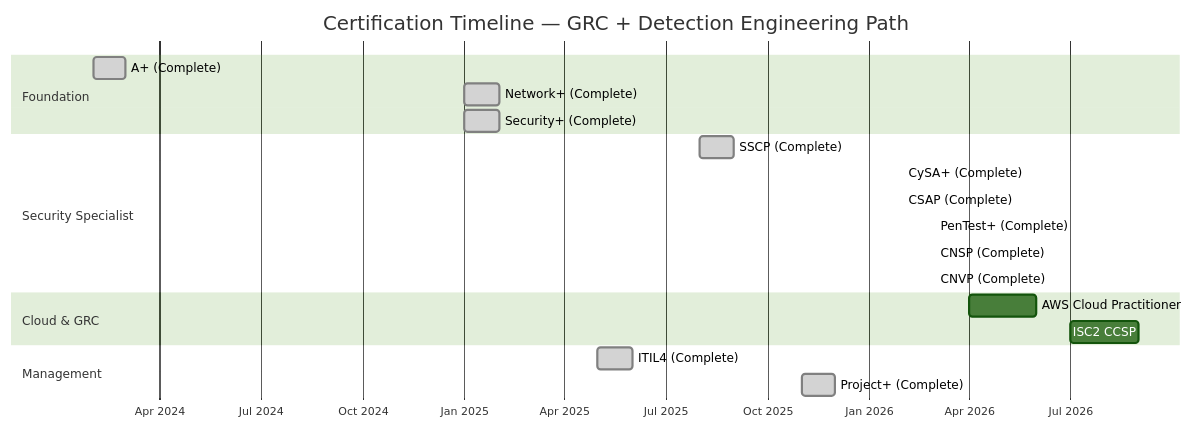
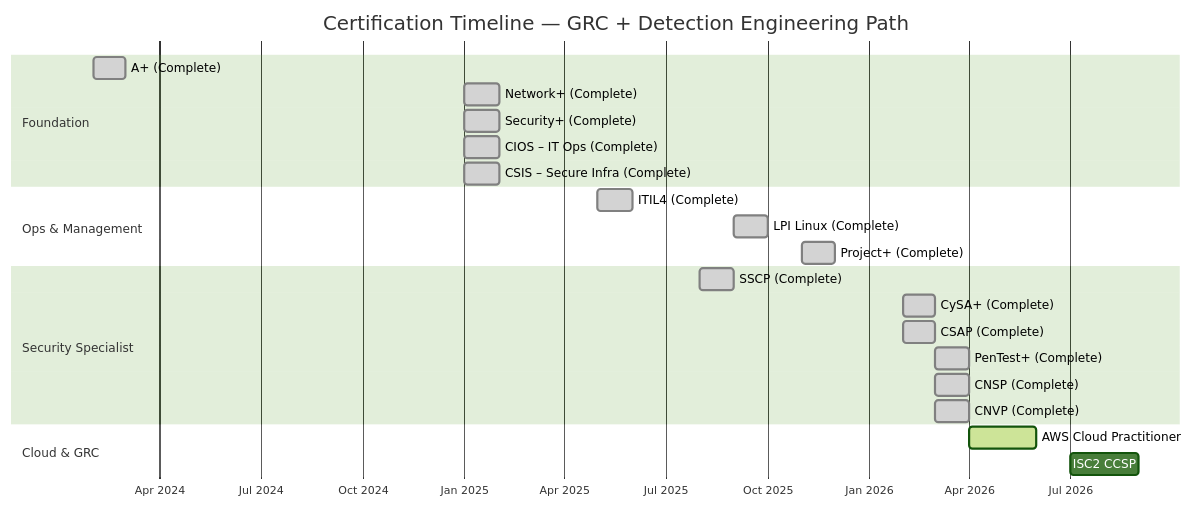
One commit to Pharns/portfolio changed the diagram in docs/certifications.md. Above: the diagram before and after it, drawn with Mermaid (forest theme). The commit also changed other lines of this file, not shown here.

Commit message:
docs(certifications): fix and complete gantt chart
- Add missing certs: LPI, CIOS, CSIS (all earned 2025)
- Fix zero-width bars: CySA+/CSAP/PenTest+/CNSP/CNVP now span full month
- Reorganize into 4 sections: Foundation, Ops & Management, Security Specialist, Cloud & GRC
- Mark AWS CP as active (in progress), CCSP as planned
- Update figure caption

````diff
--- a/docs/certifications.md
+++ b/docs/certifications.md
@@ -16,27 +16,30 @@
 ```mermaid
 gantt
     title Certification Timeline — GRC + Detection Engineering Path
     dateFormat YYYY-MM
     axisFormat %b %Y
 
     section Foundation
-    A+ (Complete)           :done, 2024-02, 2024-03
-    Network+ (Complete)     :done, 2025-01, 2025-02
-    Security+ (Complete)    :done, 2025-01, 2025-02
+    A+ (Complete)                  :done, 2024-02, 2024-03
+    Network+ (Complete)            :done, 2025-01, 2025-02
+    Security+ (Complete)           :done, 2025-01, 2025-02
+    CIOS – IT Ops (Complete)       :done, 2025-01, 2025-02
+    CSIS – Secure Infra (Complete) :done, 2025-01, 2025-02
+
+    section Ops & Management
+    ITIL4 (Complete)               :done, 2025-05, 2025-06
+    LPI Linux (Complete)           :done, 2025-09, 2025-10
+    Project+ (Complete)            :done, 2025-11, 2025-12
 
     section Security Specialist
-    SSCP (Complete)         :done, 2025-08, 2025-09
-    CySA+ (Complete)        :done, 2026-02, 2026-02
-    CSAP (Complete)         :done, 2026-02, 2026-02
-    PenTest+ (Complete)     :done, 2026-03, 2026-03
-    CNSP (Complete)         :done, 2026-03, 2026-03
-    CNVP (Complete)         :done, 2026-03, 2026-03
+    SSCP (Complete)                :done, 2025-08, 2025-09
+    CySA+ (Complete)               :done, 2026-02, 2026-03
+    CSAP (Complete)                :done, 2026-02, 2026-03
+    PenTest+ (Complete)            :done, 2026-03, 2026-04
+    CNSP (Complete)                :done, 2026-03, 2026-04
+    CNVP (Complete)                :done, 2026-03, 2026-04
 
     section Cloud & GRC
-    AWS Cloud Practitioner  :2026-04, 2026-06
-    ISC2 CCSP              :2026-07, 2026-09
-
-    section Management
-    ITIL4 (Complete)        :done, 2025-05, 2025-06
-    Project+ (Complete)     :done, 2025-11, 2025-12
+    AWS Cloud Practitioner         :active, 2026-04, 2026-06
+    ISC2 CCSP                      :2026-07, 2026-09
 ```
````
